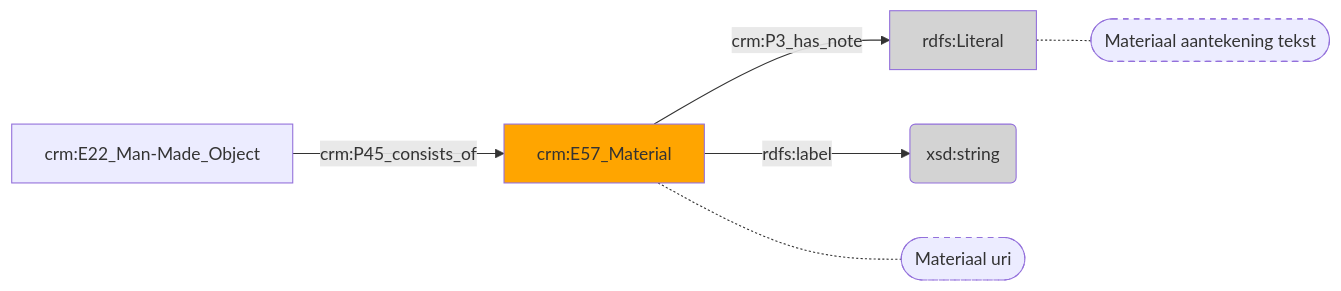
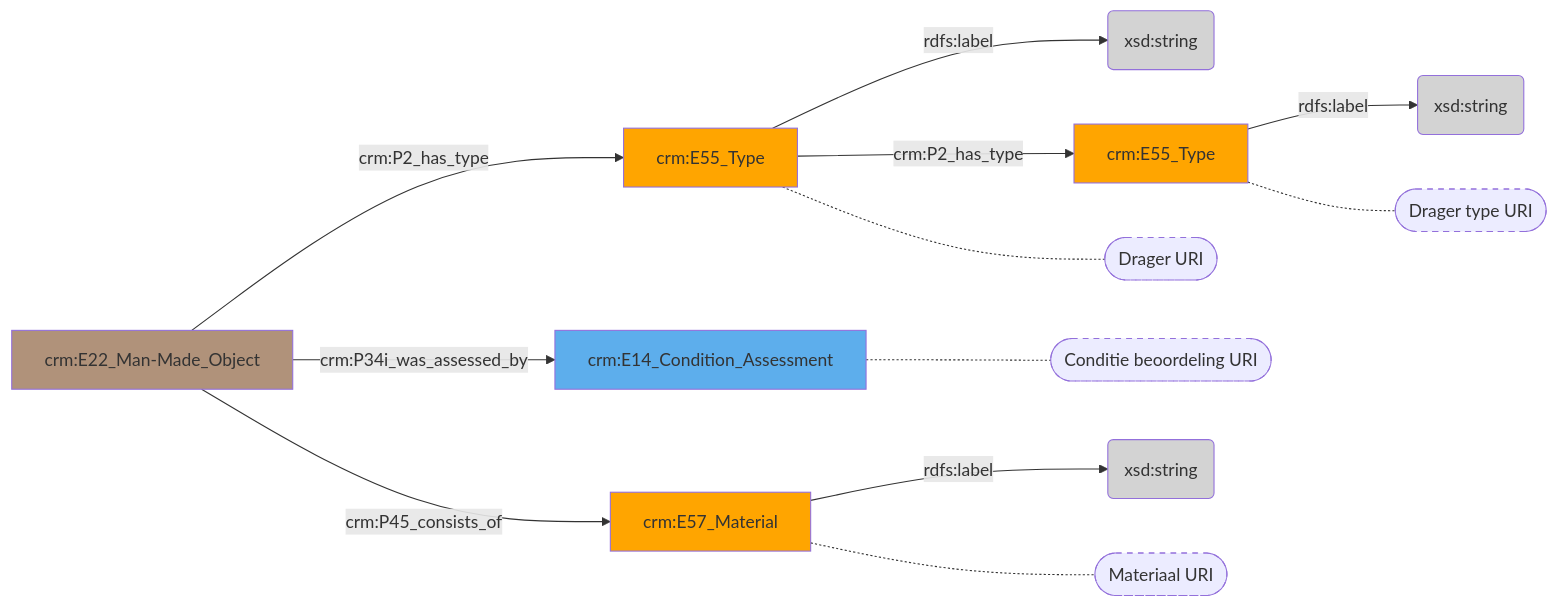
One commit to digipolisantwerpdocumentation/antwerp-cultureel-erfgoed changed the diagram in docs/content/modellen/BibliographicalItem/FysiekeKenmerken.md. Above: the diagram before and after it, drawn with Mermaid. The commit also changed 29 other files, not shown here.

````diff
--- a/docs/content/modellen/BibliographicalItem/FysiekeKenmerken.md
+++ b/docs/content/modellen/BibliographicalItem/FysiekeKenmerken.md
@@ -1,13 +1,26 @@
 ```mermaid
 graph LR
-97ac7060-4bbe-11ee-a9ac-00163e71351b["crm:E57_Material"]-->|"crm:P3_has_note"|97ac7420-4bbe-11ee-a9ac-00163e71351b(rdfs:Literal)
 97ac7060-4bbe-11ee-a9ac-00163e71351b["crm:E57_Material"]-->|"rdfs:label"|97ac7556-4bbe-11ee-a9ac-00163e71351b(xsd:string)
+fad22e52-6296-11ee-b0c4-00163e71351b["crm:E55_Type"]-->|"rdfs:label"|fad2387a-6296-11ee-b0c4-00163e71351b(xsd:string)
+fad23230-6296-11ee-b0c4-00163e71351b["crm:E55_Type"]-->|"rdfs:label"|fad23988-6296-11ee-b0c4-00163e71351b(xsd:string)
+099f196c-df80-11ed-9232-00163e71351b["crm:E22_Man-Made_Object"]-->|"crm:P2_has_type"|fad22e52-6296-11ee-b0c4-00163e71351b["crm:E55_Type"]
+099f196c-df80-11ed-9232-00163e71351b["crm:E22_Man-Made_Object"]-->|"crm:P34i_was_assessed_by"|d0818f0c-62c4-11ee-b0c4-00163e71351b["crm:E14_Condition_Assessment"]
 099f196c-df80-11ed-9232-00163e71351b["crm:E22_Man-Made_Object"]-->|"crm:P45_consists_of"|97ac7060-4bbe-11ee-a9ac-00163e71351b["crm:E57_Material"]
+fad22e52-6296-11ee-b0c4-00163e71351b["crm:E55_Type"]-->|"crm:P2_has_type"|fad23230-6296-11ee-b0c4-00163e71351b["crm:E55_Type"]
+fad22e52-6296-11ee-b0c4-00163e71351b["crm:E55_Type"]-.-fad22e52-6296-11ee-b0c4-00163e71351b_s(["Drager URI"])
+d0818f0c-62c4-11ee-b0c4-00163e71351b["crm:E14_Condition_Assessment"]-.-d0818f0c-62c4-11ee-b0c4-00163e71351b_s(["Conditie beoordeling URI"])
+97ac7060-4bbe-11ee-a9ac-00163e71351b["crm:E57_Material"]-.-97ac7060-4bbe-11ee-a9ac-00163e71351b_s(["Materiaal URI"])
+fad23230-6296-11ee-b0c4-00163e71351b["crm:E55_Type"]-.-fad23230-6296-11ee-b0c4-00163e71351b_s(["Drager type URI"])
+style fad22e52-6296-11ee-b0c4-00163e71351b_s stroke-dasharray: 5
+style d0818f0c-62c4-11ee-b0c4-00163e71351b_s stroke-dasharray: 5
 style 97ac7060-4bbe-11ee-a9ac-00163e71351b_s stroke-dasharray: 5
-style 97ac7420-4bbe-11ee-a9ac-00163e71351b_s stroke-dasharray: 5
-97ac7060-4bbe-11ee-a9ac-00163e71351b["crm:E57_Material"]-.-97ac7060-4bbe-11ee-a9ac-00163e71351b_s(["Materiaal uri"])
-97ac7420-4bbe-11ee-a9ac-00163e71351b["rdfs:Literal"]-.-97ac7420-4bbe-11ee-a9ac-00163e71351b_s(["Materiaal aantekening tekst"])
+style fad23230-6296-11ee-b0c4-00163e71351b_s stroke-dasharray: 5
+style 099f196c-df80-11ed-9232-00163e71351b fill:#B0927A
 style 97ac7060-4bbe-11ee-a9ac-00163e71351b fill:#ffa500
-style 97ac7420-4bbe-11ee-a9ac-00163e71351b fill:#D3D3D3
 style 97ac7556-4bbe-11ee-a9ac-00163e71351b fill:#D3D3D3
+style d0818f0c-62c4-11ee-b0c4-00163e71351b fill:#5DAEEC
+style fad22e52-6296-11ee-b0c4-00163e71351b fill:#ffa500
+style fad23230-6296-11ee-b0c4-00163e71351b fill:#ffa500
+style fad2387a-6296-11ee-b0c4-00163e71351b fill:#D3D3D3
+style fad23988-6296-11ee-b0c4-00163e71351b fill:#D3D3D3
 ```
````
